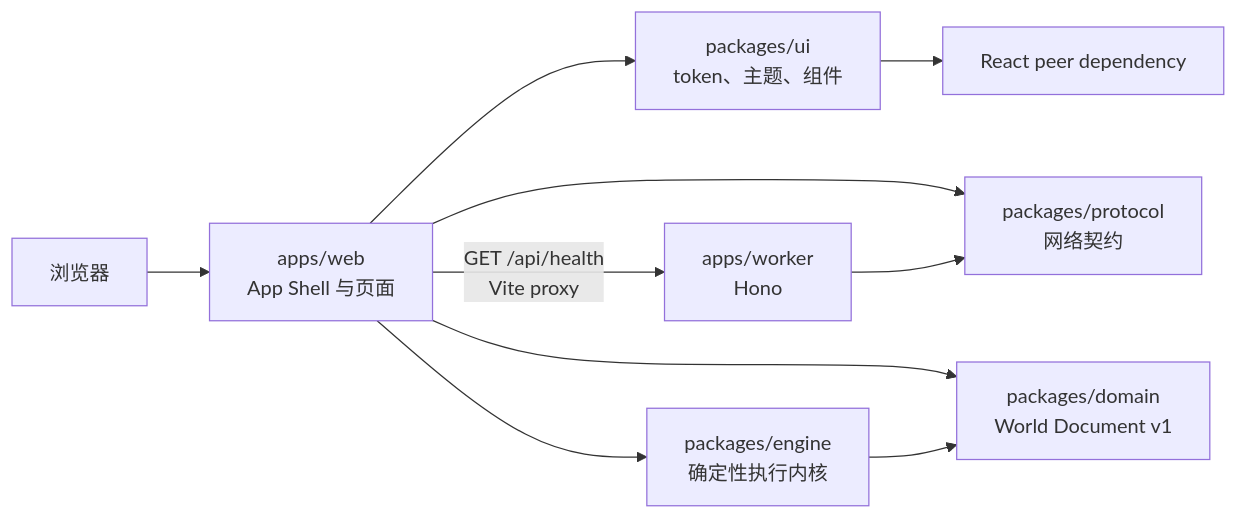
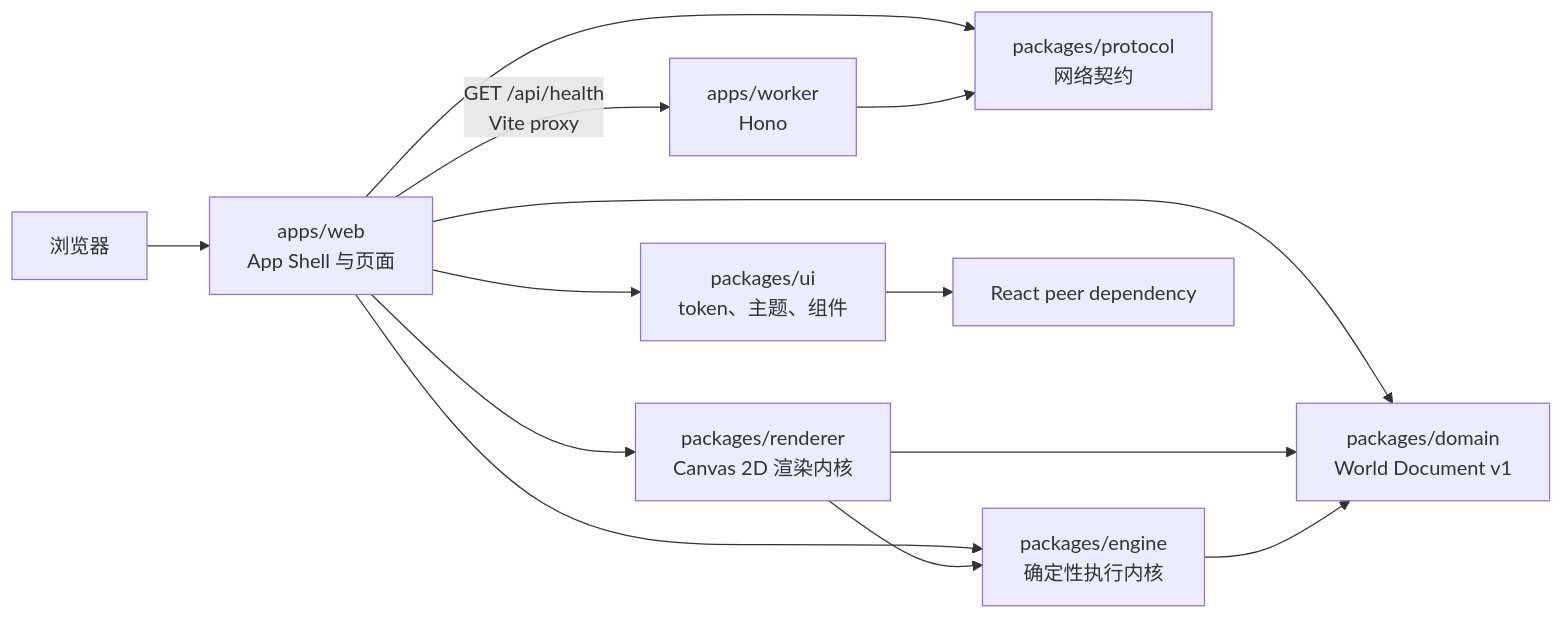
One commit to kasperyhr/axiom-garden changed the first of 5 diagrams in docs/ARCHITECTURE.md. Above: the diagram before and after it, drawn with Mermaid. The commit also changed other lines of this file and 50 other files, not shown here.

````diff
--- a/docs/ARCHITECTURE.md
+++ b/docs/ARCHITECTURE.md
@@ -14,12 +15,15 @@
 ```mermaid
 flowchart LR
   Browser["浏览器"] --> Web["apps/web<br/>App Shell 与页面"]
   Web --> UI["packages/ui<br/>token、主题、组件"]
   Web --> Protocol["packages/protocol<br/>网络契约"]
   Web --> Domain["packages/domain<br/>World Document v1"]
   Web --> Engine["packages/engine<br/>确定性执行内核"]
+  Web --> Renderer["packages/renderer<br/>Canvas 2D 渲染内核"]
+  Renderer --> Engine
+  Renderer --> Domain
   Engine --> Domain
   Web -->|"GET /api/health<br/>Vite proxy"| Worker["apps/worker<br/>Hono"]
   Worker --> Protocol
   UI --> React["React peer dependency"]
 ```
````
